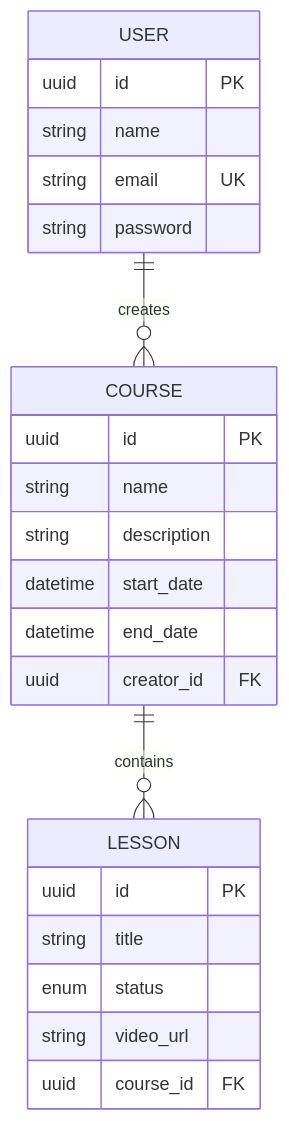
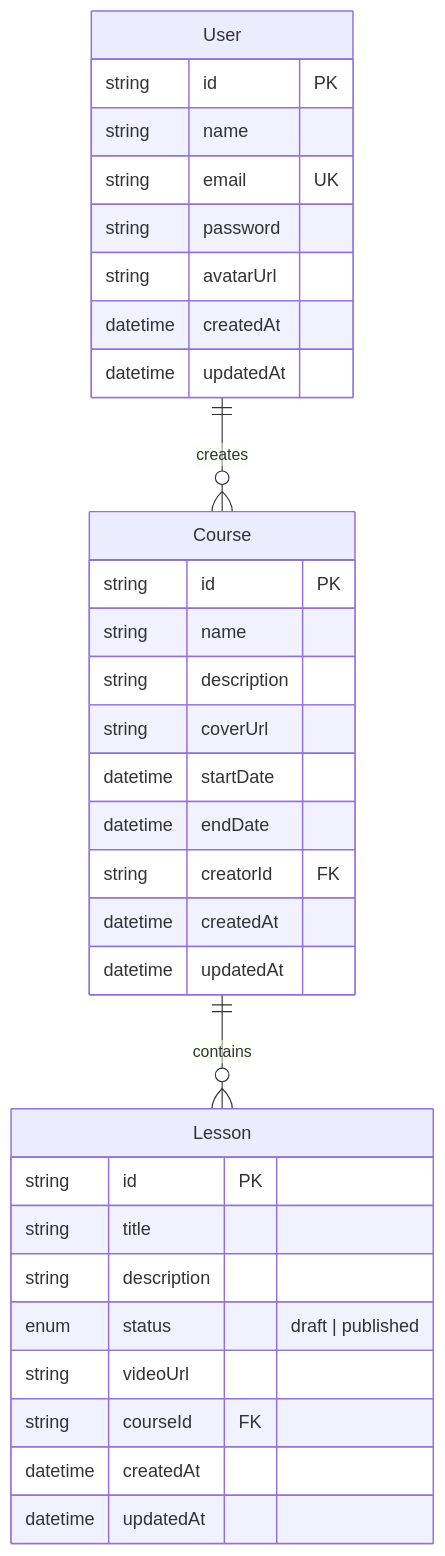
One commit to vlacerdalima/CourseSphere changed the second of 2 diagrams in README.md. Above: the diagram before and after it, drawn with Mermaid. The commit also changed other lines of this file, not shown here.

````diff
--- a/README.md
+++ b/README.md
@@ -114,27 +94,38 @@
 ```mermaid
 erDiagram
-    USER ||--o{ COURSE : creates
-    COURSE ||--o{ LESSON : contains
+    User ||--o{ Course : creates
+    Course ||--o{ Lesson : contains
 
-    USER {
-        uuid id PK
+    User {
+        string id PK
         string name
         string email UK
         string password
+        string avatarUrl
+        datetime createdAt
+        datetime updatedAt
     }
-    COURSE {
-        uuid id PK
+
+    Course {
+        string id PK
         string name
         string description
-        datetime start_date
-        datetime end_date
-        uuid creator_id FK
+        string coverUrl
+        datetime startDate
+        datetime endDate
+        string creatorId FK
+        datetime createdAt
+        datetime updatedAt
     }
-    LESSON {
-        uuid id PK
+
+    Lesson {
+        string id PK
         string title
-        enum status
-        string video_url
-        uuid course_id FK
+        string description
+        enum status "draft | published"
+        string videoUrl
+        string courseId FK
+        datetime createdAt
+        datetime updatedAt
     }
 ```
````
